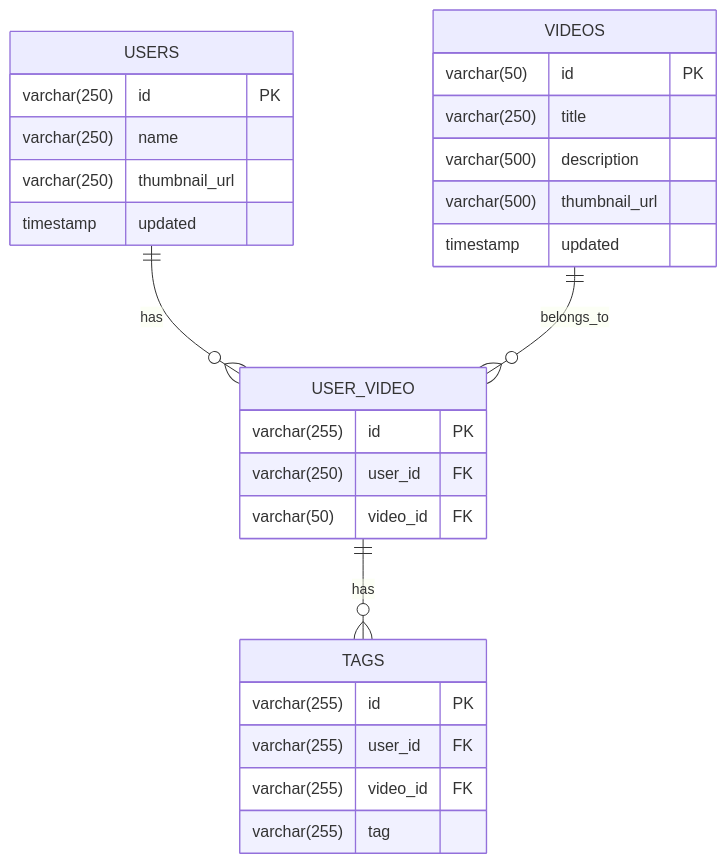
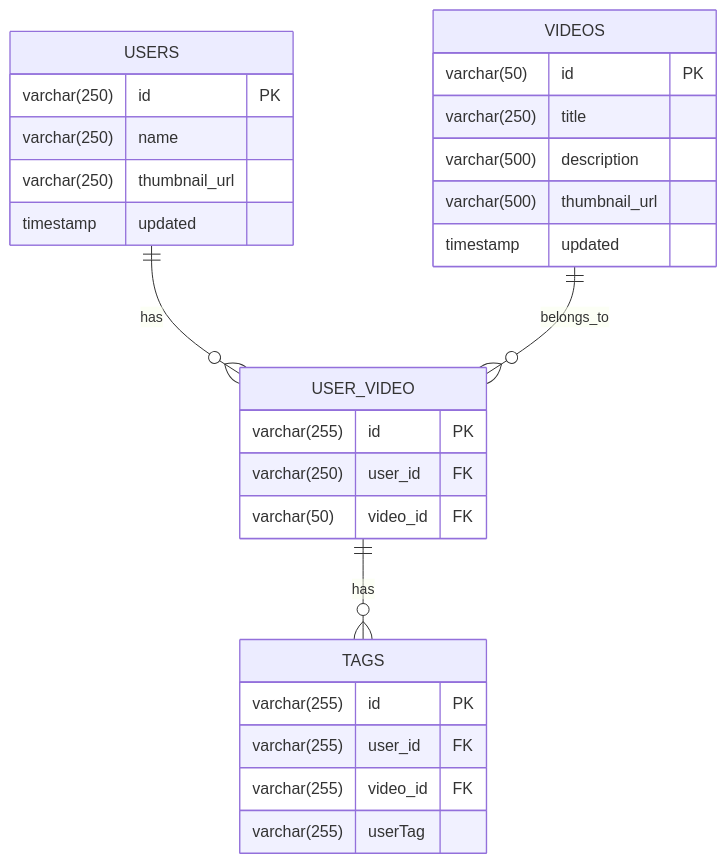
One commit to kuchuk-borom-db/YouTag changed the diagram in README.md. Above: the diagram before and after it, drawn with Mermaid. The commit also changed other lines of this file and 45 other files, not shown here.

````diff
--- a/README.md
+++ b/README.md
@@ -132,34 +132,34 @@
 ```mermaid
 erDiagram
     USERS ||--o{ USER_VIDEO : has
     VIDEOS ||--o{ USER_VIDEO : belongs_to
     USER_VIDEO ||--o{ TAGS : has
     
     USERS {
         varchar(250) id PK
         varchar(250) name
         varchar(250) thumbnail_url
         timestamp updated
     }
     
     VIDEOS {
         varchar(50) id PK
         varchar(250) title
         varchar(500) description
         varchar(500) thumbnail_url
         timestamp updated
     }
     
     USER_VIDEO {
         varchar(255) id PK
         varchar(250) user_id FK
         varchar(50) video_id FK
     }
     
     TAGS {
         varchar(255) id PK
         varchar(255) user_id FK
         varchar(255) video_id FK
-        varchar(255) tag
+        varchar(255) userTag
     }
 ```
````
